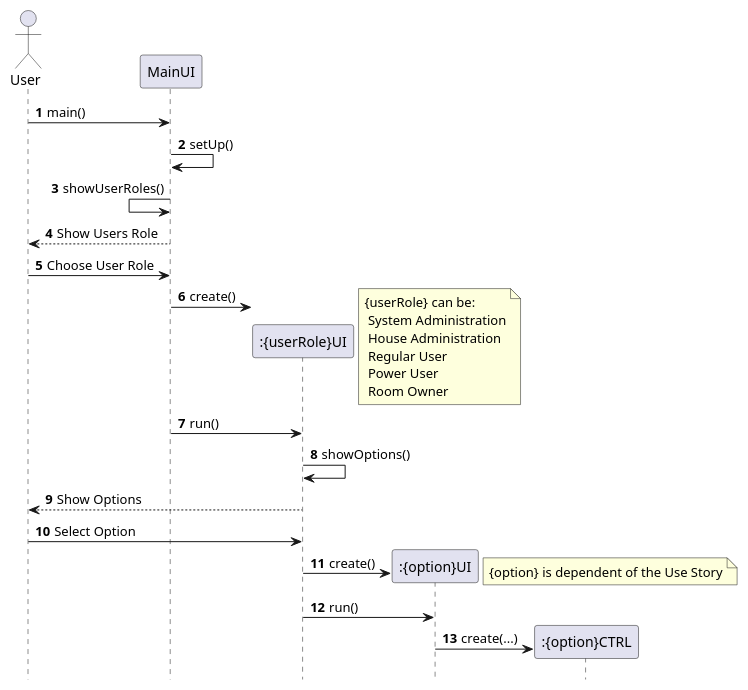
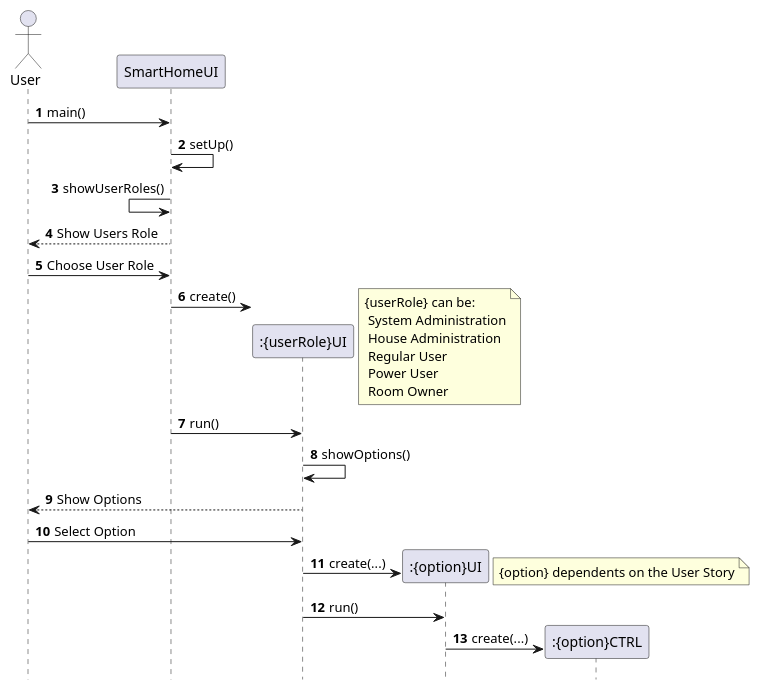
Before and after one commit to emanuel-pereira/hou: the diagram in src/main/java/smarthome/controller/sequenceDiagrams/sd_MainUIinteractions.puml, drawn with PlantUML.

Commit message:
Update MainUIinteractions uml file

```diff
--- a/src/main/java/smarthome/controller/sequenceDiagrams/sd_MainUIinteractions.puml
+++ b/src/main/java/smarthome/controller/sequenceDiagrams/sd_MainUIinteractions.puml
@@ -1,41 +1,41 @@
 @startuml
  autonumber
  hidefootbox
  actor User
 
-User -> MainUI: main()
-MainUI ->MainUI: setUp()
-MainUI <- MainUI: showUserRoles()
-User <-- MainUI: Show Users Role
-User -> MainUI: Choose User Role
+User -> SmartHomeUI: main()
+SmartHomeUI ->SmartHomeUI: setUp()
+SmartHomeUI <- SmartHomeUI: showUserRoles()
+User <-- SmartHomeUI: Show Users Role
+User -> SmartHomeUI: Choose User Role
 
 create ":{userRole}UI"
-MainUI -> ":{userRole}UI": create()
+SmartHomeUI -> ":{userRole}UI": create()
 note right
 	{userRole} can be:
 	 System Administration
 	 House Administration
 	 Regular User
 	 Power User
 	 Room Owner
 end note
 
-MainUI -> ":{userRole}UI": run()
+SmartHomeUI -> ":{userRole}UI": run()
 ":{userRole}UI" -> ":{userRole}UI": showOptions()
 User <-- ":{userRole}UI": Show Options
 User -> ":{userRole}UI": Select Option
 create ":{option}UI"
-":{userRole}UI" -> ":{option}UI": create()
+":{userRole}UI" -> ":{option}UI": create(...)
 note right
-	{option} is dependent of the Use Story
+	{option} dependents on the User Story
 end note
 ":{userRole}UI" -> ":{option}UI": run()
 create ":{option}CTRL"
 ":{option}UI" -> ":{option}CTRL": create(...)
 
 
 
 
 
 
 @enduml
```
